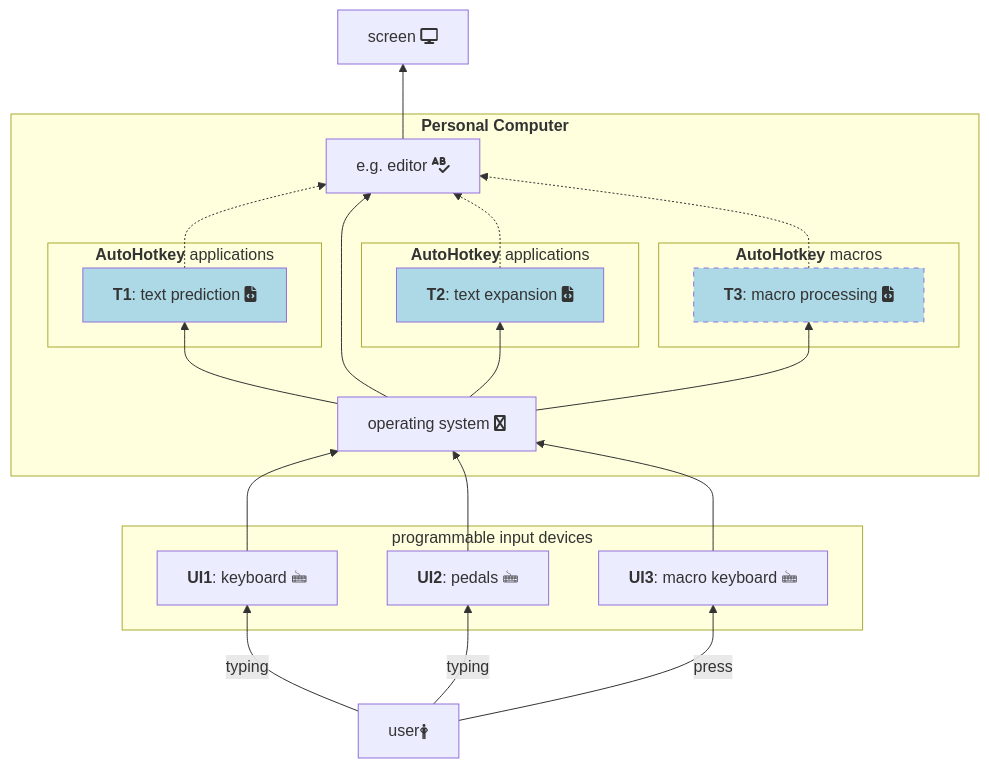
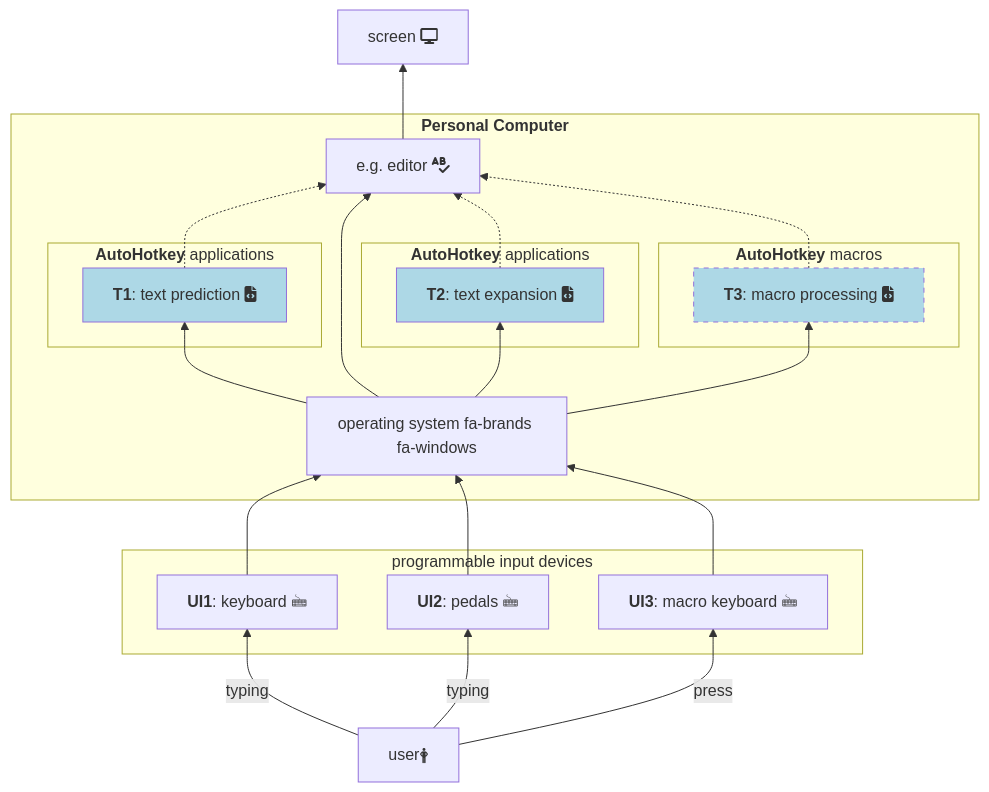
The first of 4 diagrams in BlockDiagrams_AHK.md (mslonik/mslonik), drawn with Mermaid before and after one commit.

Commit message:
Next excercise with GitHub Markdown renderer.

````diff
--- a/BlockDiagrams_AHK.md
+++ b/BlockDiagrams_AHK.md
@@ -8,57 +8,57 @@
 ```mermaid
 %% new approach
 flowchart BT
 	user["user🛉"]
 	keyboard["`**UI1**: keyboard 🖮`"]
 	pedals["`**UI2**: pedals 🖮`"]
     MacroKeyboard["`**UI3**: macro keyboard 🖮`"] 
 	screen[screen fa:fa-display]
-	OperatingSystem[operating system fa:fa-windows]
+	OperatingSystem[operating system fa-brands fa-windows]
 	editor[e.g. editor fa:fa-spell-check]
 	TextPrediction["`**T1**: text prediction fa:fa-file-code`"]
 	TextExpansion["`**T2**: text expansion fa:fa-file-code`"]
     MacroProcessing["`**T3**: macro processing fa:fa-file-code`"]
 
     user	-->	 |typing| keyboard
     user	-->	 |typing| pedals
     user    -->  |press| MacroKeyboard
     
     subgraph programmable input devices
         keyboard
         pedals
         MacroKeyboard
     end
 
     subgraph "`**Personal Computer**`"
         
         style TextPrediction 	fill:lightblue
         style TextExpansion 	fill:lightblue
         style MacroProcessing   fill:lightblue, stroke-dasharray:5
 
         subgraph "`**AutoHotkey** applications`"
             TextPrediction
         end
 
         subgraph "`**AutoHotkey** applications`"
             TextExpansion
         end
 
         subgraph "`**AutoHotkey** macros`"
             MacroProcessing
         end
    
         OperatingSystem		--> 	TextPrediction
         OperatingSystem		--> 	TextExpansion
         OperatingSystem     -->     MacroProcessing
         
         TextPrediction 		-.-> 	editor
         OperatingSystem		--> 	editor
         TextExpansion 		-.-> 	editor
         MacroProcessing     -.->    editor
     end
 
         keyboard			--> 	OperatingSystem
         pedals 				--> 	OperatingSystem
         MacroKeyboard       -->     OperatingSystem
         editor	            -->     screen
 ```
````
